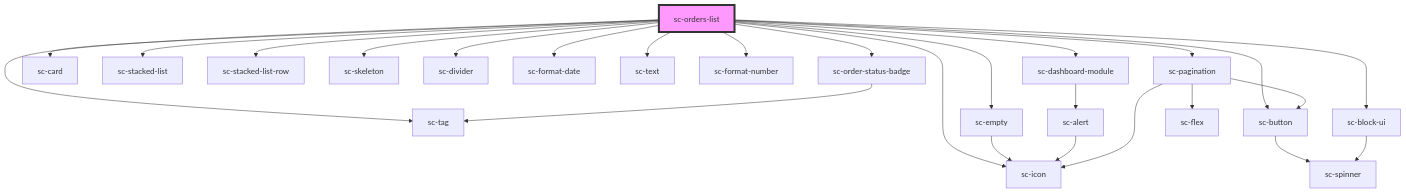
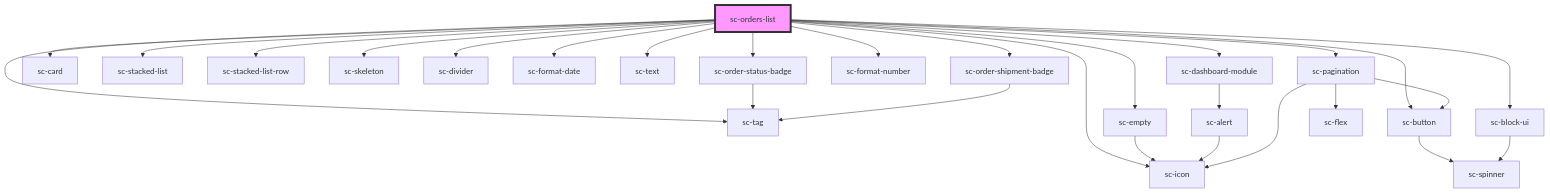
One commit to surecart/surecart-wp-plugin changed the diagram in packages/components/src/components/controllers/dashboard/orders-list/readme.md. Above: the diagram before and after it, drawn with Mermaid. The commit also changed other lines of this file and 5 other files, not shown here.

````diff
--- a/packages/components/src/components/controllers/dashboard/orders-list/readme.md
+++ b/packages/components/src/components/controllers/dashboard/orders-list/readme.md
@@ -40,29 +41,31 @@
 ```mermaid
 graph TD;
   sc-orders-list --> sc-tag
   sc-orders-list --> sc-order-status-badge
   sc-orders-list --> sc-card
   sc-orders-list --> sc-stacked-list
   sc-orders-list --> sc-stacked-list-row
   sc-orders-list --> sc-skeleton
   sc-orders-list --> sc-divider
   sc-orders-list --> sc-empty
   sc-orders-list --> sc-format-date
   sc-orders-list --> sc-text
+  sc-orders-list --> sc-order-shipment-badge
   sc-orders-list --> sc-format-number
   sc-orders-list --> sc-dashboard-module
   sc-orders-list --> sc-button
   sc-orders-list --> sc-icon
   sc-orders-list --> sc-pagination
   sc-orders-list --> sc-block-ui
   sc-order-status-badge --> sc-tag
   sc-empty --> sc-icon
+  sc-order-shipment-badge --> sc-tag
   sc-dashboard-module --> sc-alert
   sc-alert --> sc-icon
   sc-button --> sc-spinner
   sc-pagination --> sc-flex
   sc-pagination --> sc-button
   sc-pagination --> sc-icon
   sc-block-ui --> sc-spinner
   style sc-orders-list fill:#f9f,stroke:#333,stroke-width:4px
 ```
````
